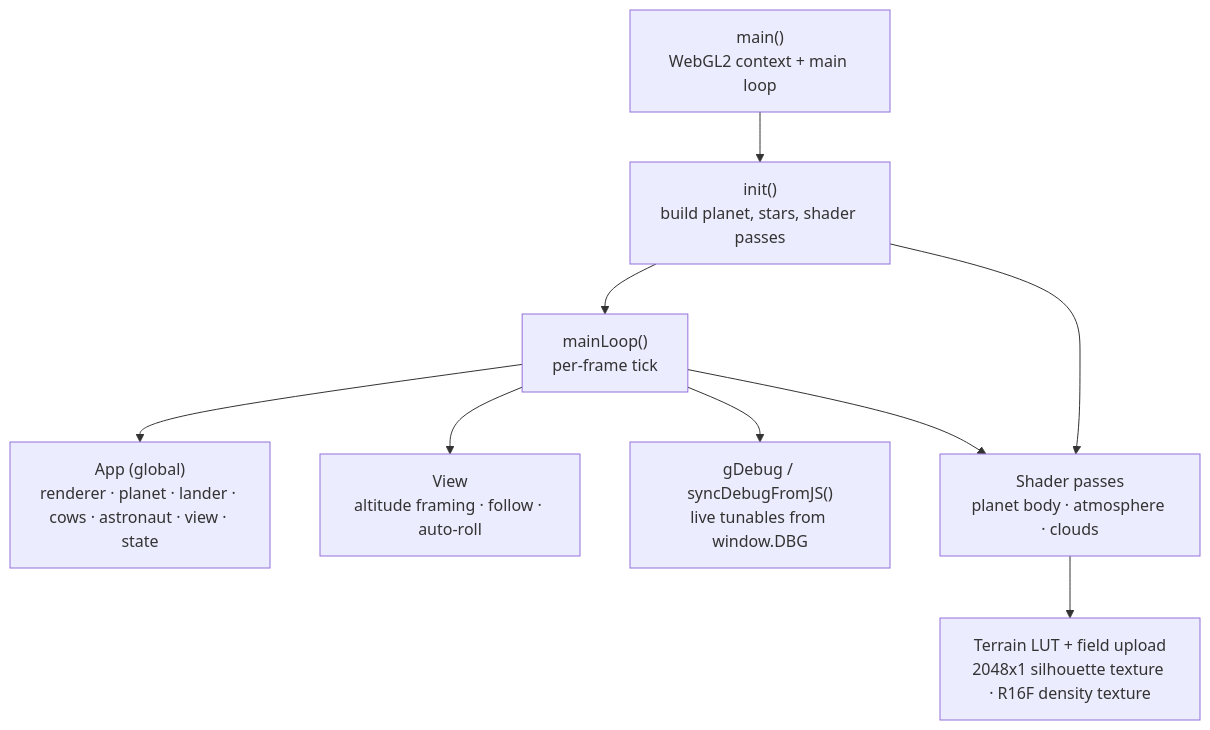
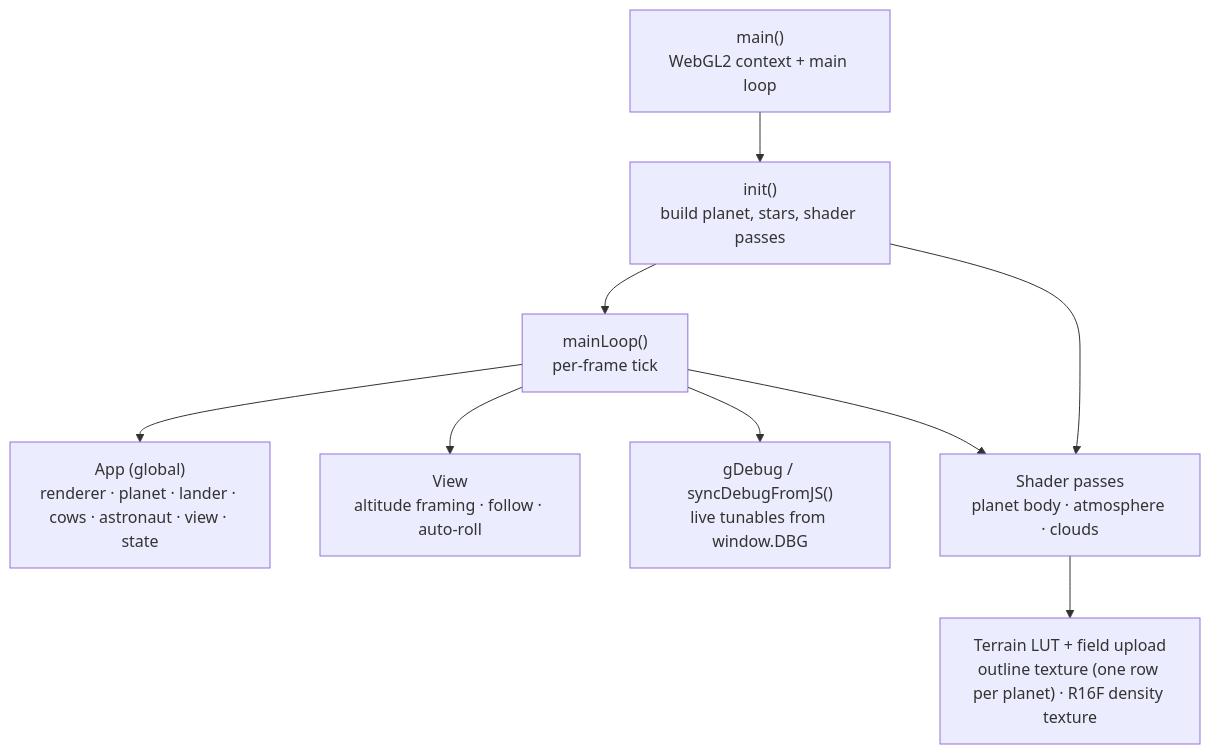
One commit to keithagroves/visitor changed the diagram in docs/architecture/core.md. Above: the diagram before and after it, drawn with Mermaid. The commit also changed other lines of this file and 36 other files, not shown here.

````diff
--- a/docs/architecture/core.md
+++ b/docs/architecture/core.md
@@ -14,28 +14,28 @@
 ```mermaid
 flowchart TD
     main["main()<br/>WebGL2 context + main loop"]
     init["init()<br/>build planet, stars, shader passes"]
     loop["mainLoop()<br/>per-frame tick"]
     App["App (global)<br/>renderer · planet · lander · cows · astronaut · view · state"]
     View["View<br/>altitude framing · follow · auto-roll"]
     Debug["gDebug / syncDebugFromJS()<br/>live tunables from window.DBG"]
     Passes["Shader passes<br/>planet body · atmosphere · clouds"]
-    LUT["Terrain LUT + field upload<br/>2048x1 silhouette texture · R16F density texture"]
+    LUT["Terrain LUT + field upload<br/>outline texture (one row per planet) · R16F density texture"]
 
     main --> init --> loop
     loop --> App
     loop --> View
     loop --> Debug
     loop --> Passes
     init --> Passes
     Passes --> LUT
 
     click main call navigate("../../src/core/main.cpp")
     click init call navigate("../../src/core/main.cpp")
     click loop call navigate("../../src/core/main.cpp")
     click App call navigate("../../src/core/main.cpp")
     click View call navigate("../../src/core/main.cpp")
     click Debug call navigate("../../src/core/debug.h")
     click Passes call navigate("../../src/core/main.cpp")
     click LUT call navigate("../../src/core/main.cpp")
 ```
````
